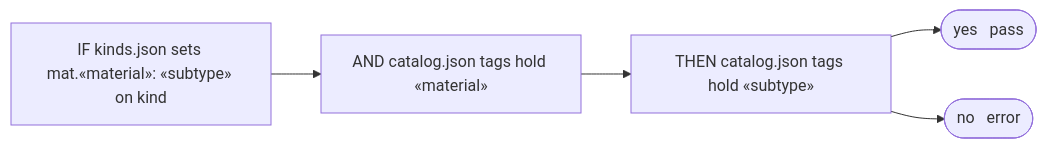
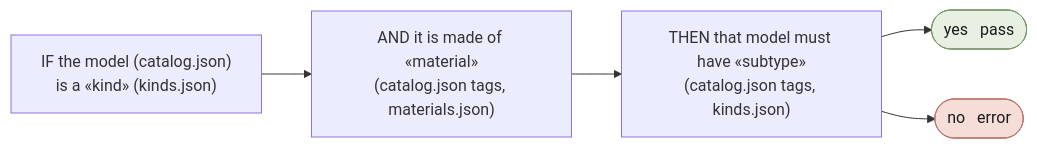
The second of 2 diagrams in docs/asset_style_guide.md (Paumen/Taalei), drawn with Mermaid before and after one commit. The commit also changed other lines of this file, not shown here.

First line of the commit message:
Correct the size section and add the flow to both lints

````diff
--- a/docs/asset_style_guide.md
+++ b/docs/asset_style_guide.md
@@ -209,7 +224,11 @@
 ```mermaid
 flowchart LR
-  A["IF kinds.json sets mat.«material»: «subtype» on kind"] --> B["AND catalog.json tags hold «material»"]
-  B --> C["THEN catalog.json tags hold «subtype»"]
-  C --> Y(["yes &nbsp; pass"])
-  C --> N(["no &nbsp; error"])
+  I["IF the model (catalog.json)<br/>is a «kind» (kinds.json)"] --> A["AND it is made of «material»<br/>(catalog.json tags, materials.json)"]
+  A --> T["THEN that model must have «subtype»<br/>(catalog.json tags, kinds.json)"]
+  T --> Y(["yes &nbsp; pass"])
+  T --> N(["no &nbsp; error"])
+  classDef ok fill:#e8f0e3,stroke:#7a9468,color:#1a1a1a
+  classDef bad fill:#f6ded8,stroke:#b8756a,color:#1a1a1a
+  class Y ok
+  class N bad
 ```
````
